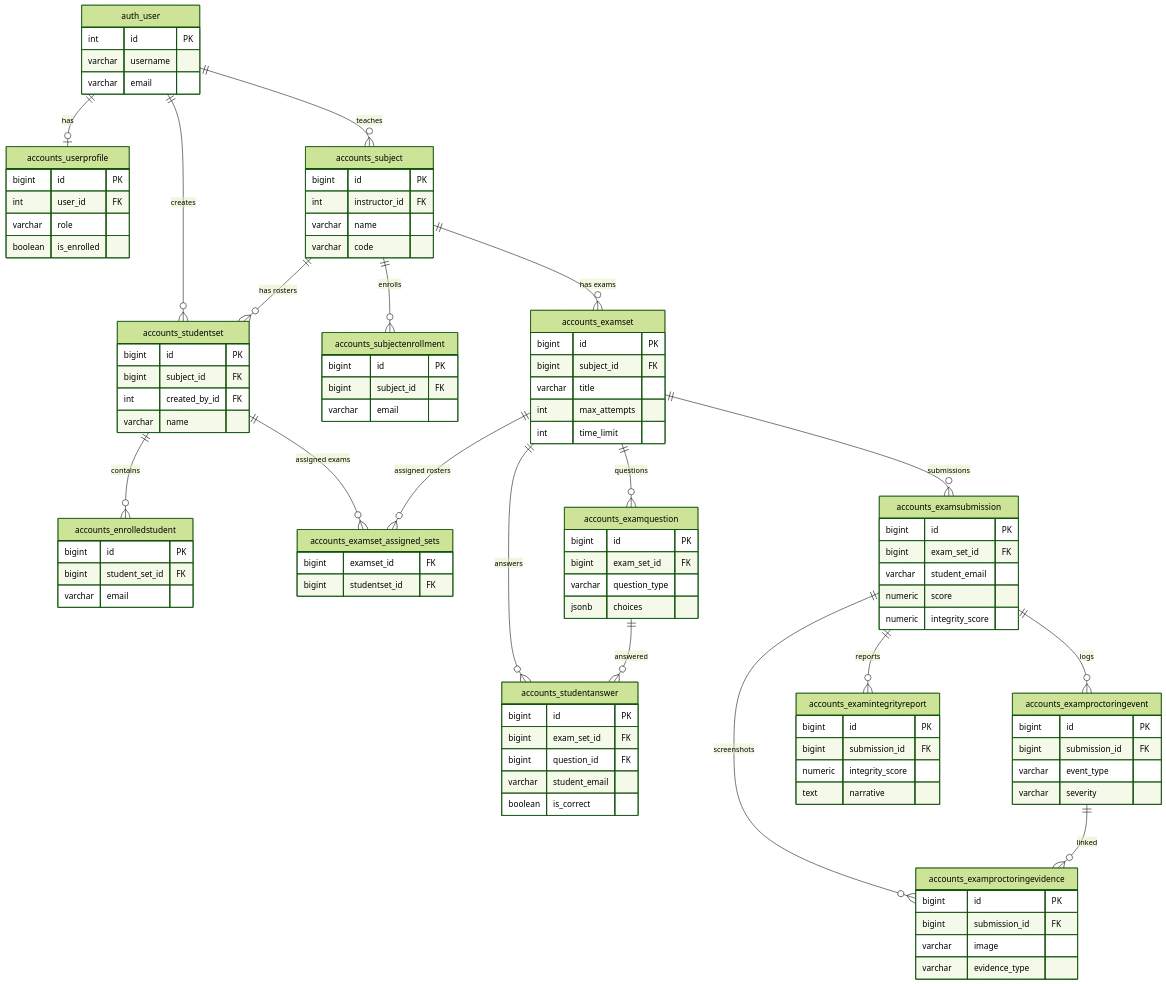
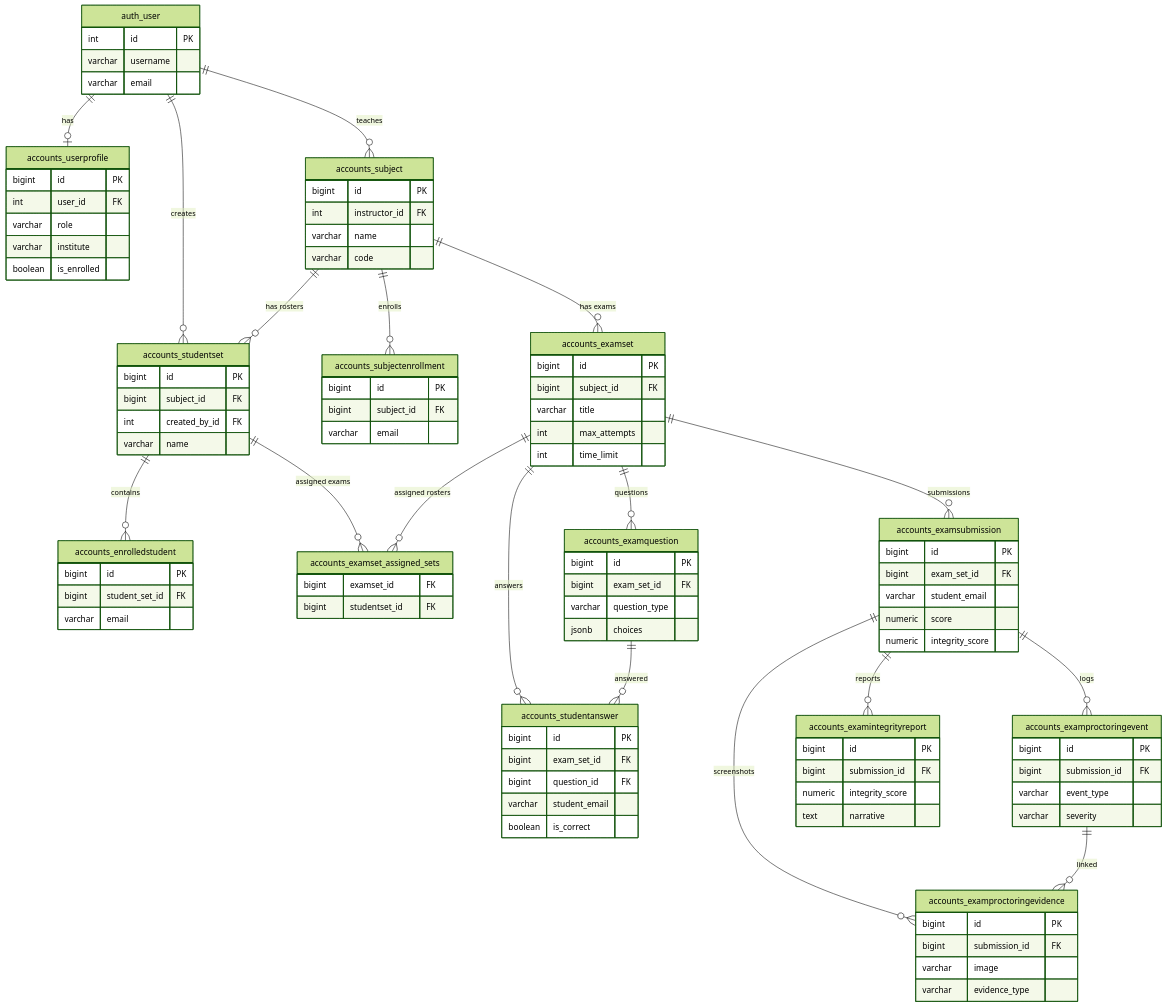
One commit to brybalidiong/AI-Vigilation changed the diagram in docs/database-erd.mmd. Above: the diagram before and after it, drawn with Mermaid (forest theme). The commit also changed 7 other files, not shown here.

```diff
--- a/docs/database-erd.mmd
+++ b/docs/database-erd.mmd
@@ -1,119 +1,120 @@
 erDiagram
     auth_user ||--o| accounts_userprofile : "has"
     auth_user ||--o{ accounts_subject : "teaches"
     auth_user ||--o{ accounts_studentset : "creates"
 
     accounts_subject ||--o{ accounts_studentset : "has rosters"
     accounts_subject ||--o{ accounts_subjectenrollment : "enrolls"
     accounts_subject ||--o{ accounts_examset : "has exams"
 
     accounts_studentset ||--o{ accounts_enrolledstudent : "contains"
     accounts_studentset ||--o{ accounts_examset_assigned_sets : "assigned exams"
     accounts_examset ||--o{ accounts_examset_assigned_sets : "assigned rosters"
 
     accounts_examset ||--o{ accounts_examsubmission : "submissions"
     accounts_examset ||--o{ accounts_examquestion : "questions"
     accounts_examset ||--o{ accounts_studentanswer : "answers"
 
     accounts_examquestion ||--o{ accounts_studentanswer : "answered"
 
     auth_user {
         int id PK
         varchar username
         varchar email
     }
 
     accounts_userprofile {
         bigint id PK
         int user_id FK
         varchar role
+        varchar institute
         boolean is_enrolled
     }
 
     accounts_subject {
         bigint id PK
         int instructor_id FK
         varchar name
         varchar code
     }
 
     accounts_studentset {
         bigint id PK
         bigint subject_id FK
         int created_by_id FK
         varchar name
     }
 
     accounts_enrolledstudent {
         bigint id PK
         bigint student_set_id FK
         varchar email
     }
 
     accounts_subjectenrollment {
         bigint id PK
         bigint subject_id FK
         varchar email
     }
 
     accounts_examset {
         bigint id PK
         bigint subject_id FK
         varchar title
         int max_attempts
         int time_limit
     }
 
     accounts_examset_assigned_sets {
         bigint examset_id FK
         bigint studentset_id FK
     }
 
     accounts_examsubmission ||--o{ accounts_examproctoringevent : "logs"
     accounts_examsubmission ||--o{ accounts_examproctoringevidence : "screenshots"
     accounts_examsubmission ||--o{ accounts_examintegrityreport : "reports"
     accounts_examproctoringevent ||--o{ accounts_examproctoringevidence : "linked"
 
     accounts_examsubmission {
         bigint id PK
         bigint exam_set_id FK
         varchar student_email
         numeric score
         numeric integrity_score
     }
 
     accounts_examproctoringevent {
         bigint id PK
         bigint submission_id FK
         varchar event_type
         varchar severity
     }
 
     accounts_examproctoringevidence {
         bigint id PK
         bigint submission_id FK
         varchar image
         varchar evidence_type
     }
 
     accounts_examintegrityreport {
         bigint id PK
         bigint submission_id FK
         numeric integrity_score
         text narrative
     }
 
     accounts_examquestion {
         bigint id PK
         bigint exam_set_id FK
         varchar question_type
         jsonb choices
     }
 
     accounts_studentanswer {
         bigint id PK
         bigint exam_set_id FK
         bigint question_id FK
         varchar student_email
         boolean is_correct
     }
```
